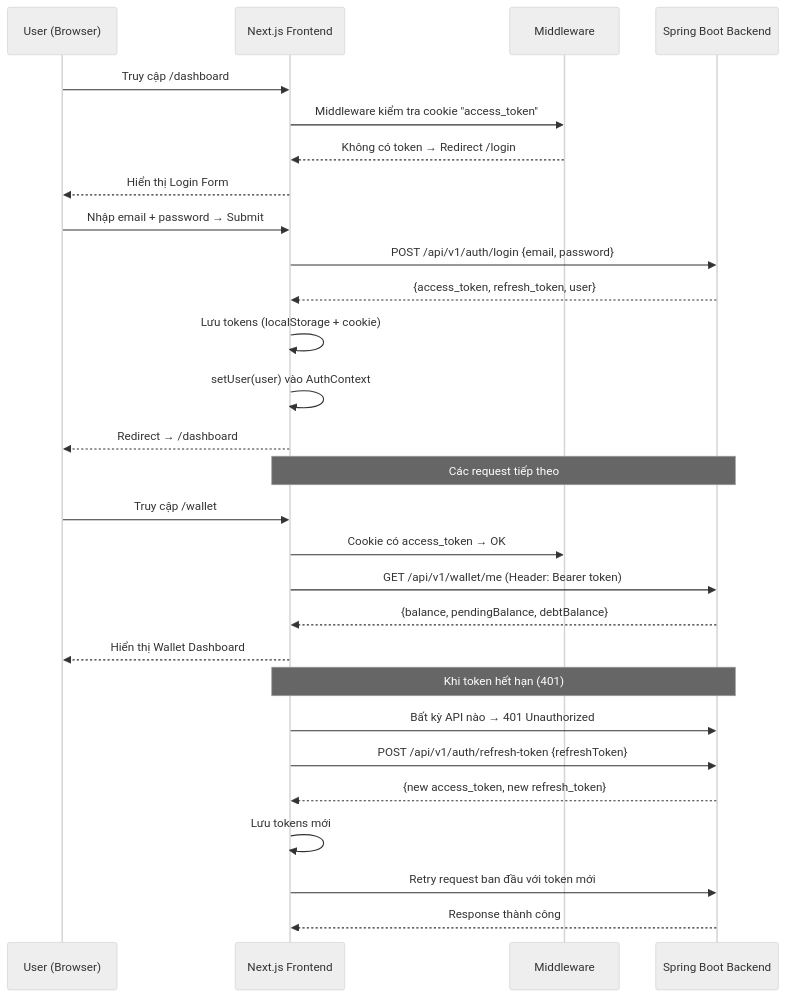
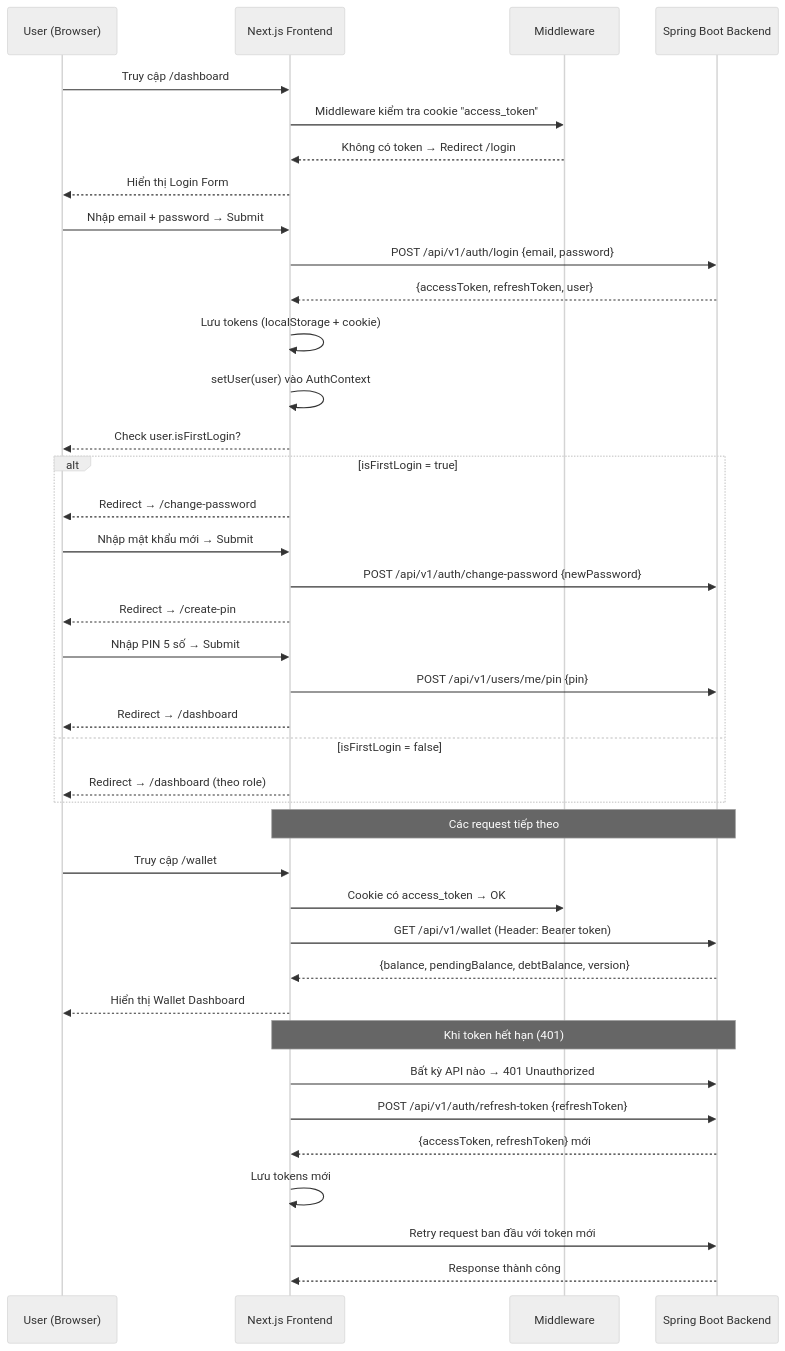
The first of 5 diagrams in docs/FLOW.md (Quoosc/INTERNAL_FINANCIAL_CASHFLOW_MANAGEMENT_SYSTEM_USING_INTERNAL_WALLET_MODEL_FRONTEND), drawn with Mermaid (neutral theme) before and after one commit. The commit also changed other lines of this file and 1 other file, not shown here.

Commit message:
docs: rewrite API contract and flow documentation

````diff
--- a/docs/FLOW.md
+++ b/docs/FLOW.md
@@ -26,36 +29,48 @@
 ```mermaid
 sequenceDiagram
     participant U as User (Browser)
     participant FE as Next.js Frontend
     participant MW as Middleware
     participant BE as Spring Boot Backend
 
     U->>FE: Truy cập /dashboard
     FE->>MW: Middleware kiểm tra cookie "access_token"
     MW-->>FE: Không có token → Redirect /login
     FE-->>U: Hiển thị Login Form
 
     U->>FE: Nhập email + password → Submit
     FE->>BE: POST /api/v1/auth/login {email, password}
-    BE-->>FE: {access_token, refresh_token, user}
+    BE-->>FE: {accessToken, refreshToken, user}
     FE->>FE: Lưu tokens (localStorage + cookie)
     FE->>FE: setUser(user) vào AuthContext
-    FE-->>U: Redirect → /dashboard
+    FE-->>U: Check user.isFirstLogin?
+
+    alt isFirstLogin = true
+        FE-->>U: Redirect → /change-password
+        U->>FE: Nhập mật khẩu mới → Submit
+        FE->>BE: POST /api/v1/auth/change-password {newPassword}
+        FE-->>U: Redirect → /create-pin
+        U->>FE: Nhập PIN 5 số → Submit
+        FE->>BE: POST /api/v1/users/me/pin {pin}
+        FE-->>U: Redirect → /dashboard
+    else isFirstLogin = false
+        FE-->>U: Redirect → /dashboard (theo role)
+    end
 
     Note over FE,BE: Các request tiếp theo
 
     U->>FE: Truy cập /wallet
     FE->>MW: Cookie có access_token → OK
-    FE->>BE: GET /api/v1/wallet/me (Header: Bearer token)
-    BE-->>FE: {balance, pendingBalance, debtBalance}
+    FE->>BE: GET /api/v1/wallet (Header: Bearer token)
+    BE-->>FE: {balance, pendingBalance, debtBalance, version}
     FE-->>U: Hiển thị Wallet Dashboard
 
     Note over FE,BE: Khi token hết hạn (401)
 
     FE->>BE: Bất kỳ API nào → 401 Unauthorized
     FE->>BE: POST /api/v1/auth/refresh-token {refreshToken}
-    BE-->>FE: {new access_token, new refresh_token}
+    BE-->>FE: {accessToken, refreshToken} mới
     FE->>FE: Lưu tokens mới
     FE->>BE: Retry request ban đầu với token mới
     BE-->>FE: Response thành công
 ```
````
